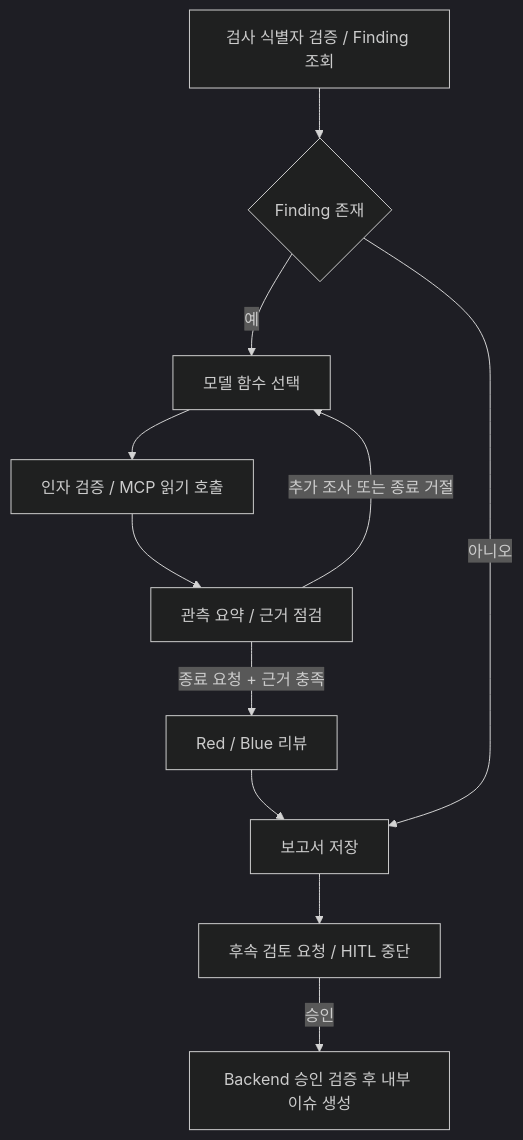
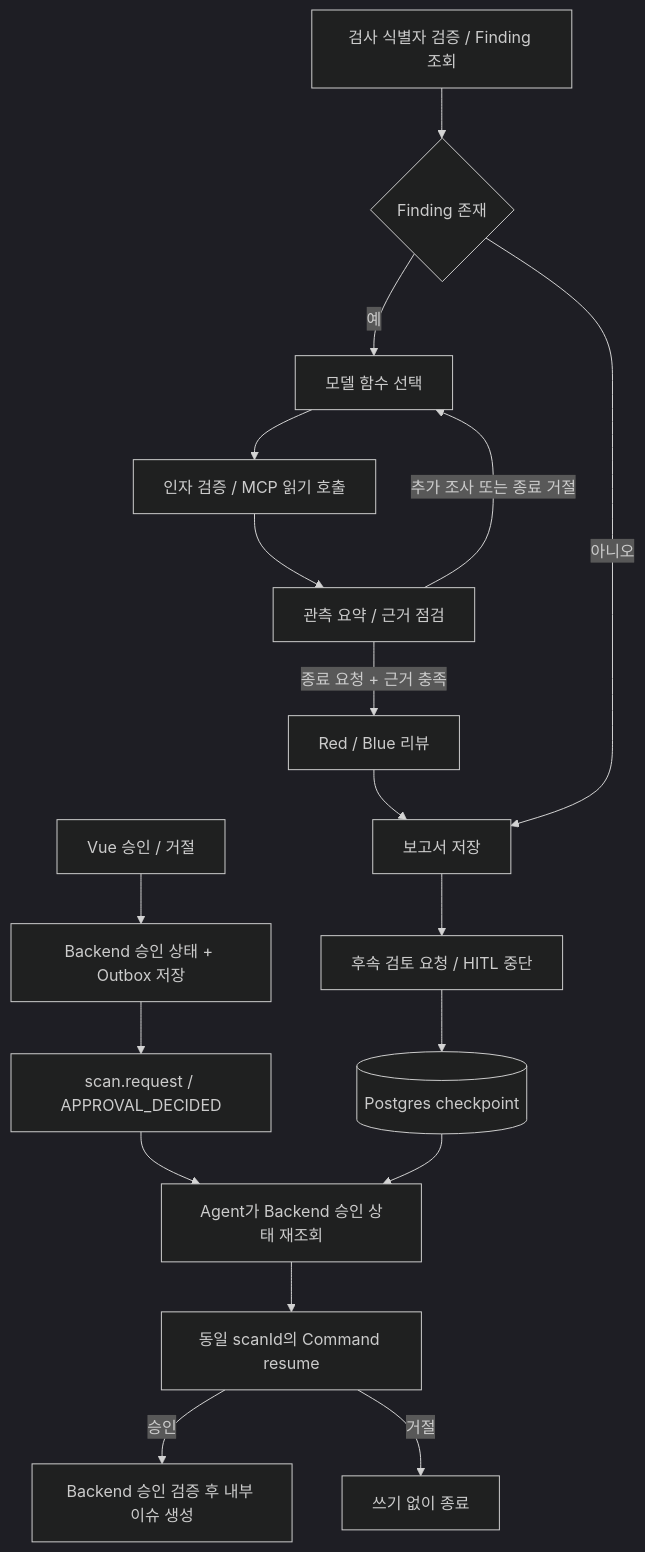
One commit to ymj9608/csi changed the diagram in docs/AGENT_HARNESS.md. Above: the diagram before and after it, drawn with Mermaid (dark theme). The commit also changed other lines of this file and 3 other files, not shown here.

Commit message:
Align architecture diagrams with implemented scan and HITL flows

````diff
--- a/docs/AGENT_HARNESS.md
+++ b/docs/AGENT_HARNESS.md
@@ -7,13 +7,20 @@
 ```mermaid
 flowchart TD
   V[검사 식별자 검증 / Finding 조회] --> S{Finding 존재}
   S -->|예| P[모델 함수 선택]
   P --> T[인자 검증 / MCP 읽기 호출]
   T --> O[관측 요약 / 근거 점검]
   O -->|추가 조사 또는 종료 거절| P
   O -->|종료 요청 + 근거 충족| R[Red / Blue 리뷰]
   R --> W[보고서 저장]
   S -->|아니오| W
   W --> A[후속 검토 요청 / HITL 중단]
-  A -->|승인| I[Backend 승인 검증 후 내부 이슈 생성]
+  A --> C[(Postgres checkpoint)]
+  U[Vue 승인 / 거절] --> B[Backend 승인 상태 + Outbox 저장]
+  B --> K[scan.request / APPROVAL_DECIDED]
+  K --> G[Agent가 Backend 승인 상태 재조회]
+  C --> G
+  G --> M[동일 scanId의 Command resume]
+  M -->|승인| I[Backend 승인 검증 후 내부 이슈 생성]
+  M -->|거절| F[쓰기 없이 종료]
 ```
````
